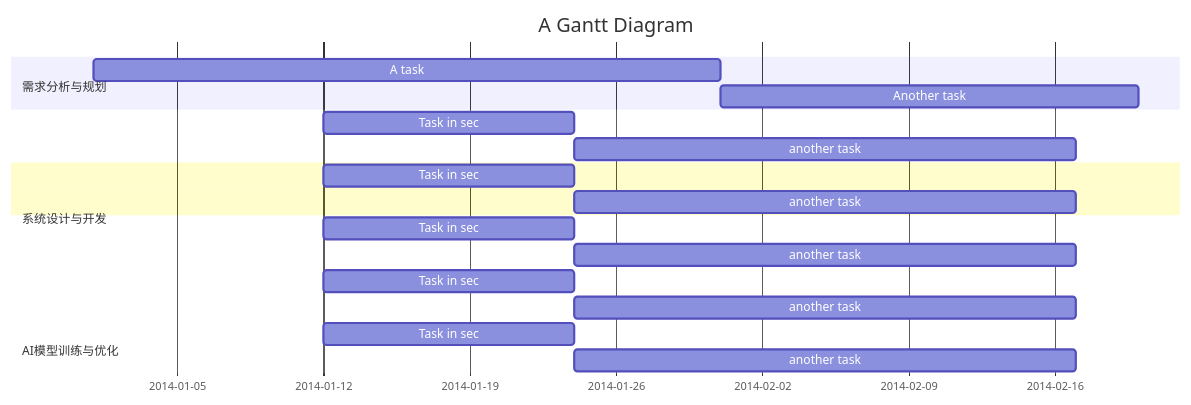
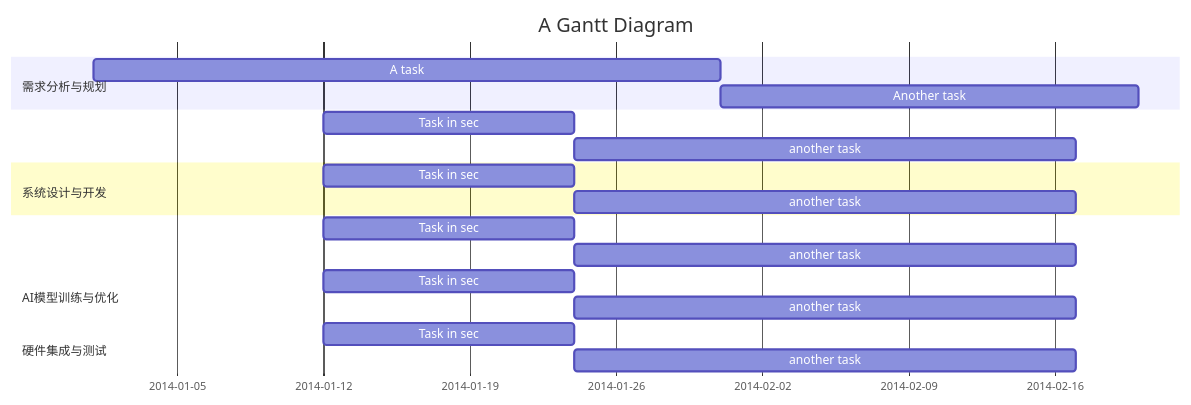
Before and after one commit to libobo6/iodraw-files: the diagram in all/代码甘特图.md, drawn with Mermaid.

Commit message:
2025-01-14 10:53:41 update

````diff
--- a/all/代码甘特图.md
+++ b/all/代码甘特图.md
@@ -1,23 +1,23 @@
 ```mermaid
 gantt
     title A Gantt Diagram
     dateFormat  YYYY-MM-DD
     section 需求分析与规划
     A task           :a1, 2014-01-01, 30d
     Another task     :after a1  , 20d
     section 系统设计与开发
     Task in sec      :2014-01-12  , 12d
     another task      : 24d
     section AI模型训练与优化
     Task in sec      :2014-01-12  , 12d
     another task      : 24d
+    section 硬件集成与测试
+    Task in sec      :2014-01-12  , 12d
+    another task      : 24d
     section 系统设计与开发
     Task in sec      :2014-01-12  , 12d
     another task      : 24d
         section 系统设计与开发
     Task in sec      :2014-01-12  , 12d
     another task      : 24d
-        section 系统设计与开发
-    Task in sec      :2014-01-12  , 12d
-    another task      : 24d
 ```
````
